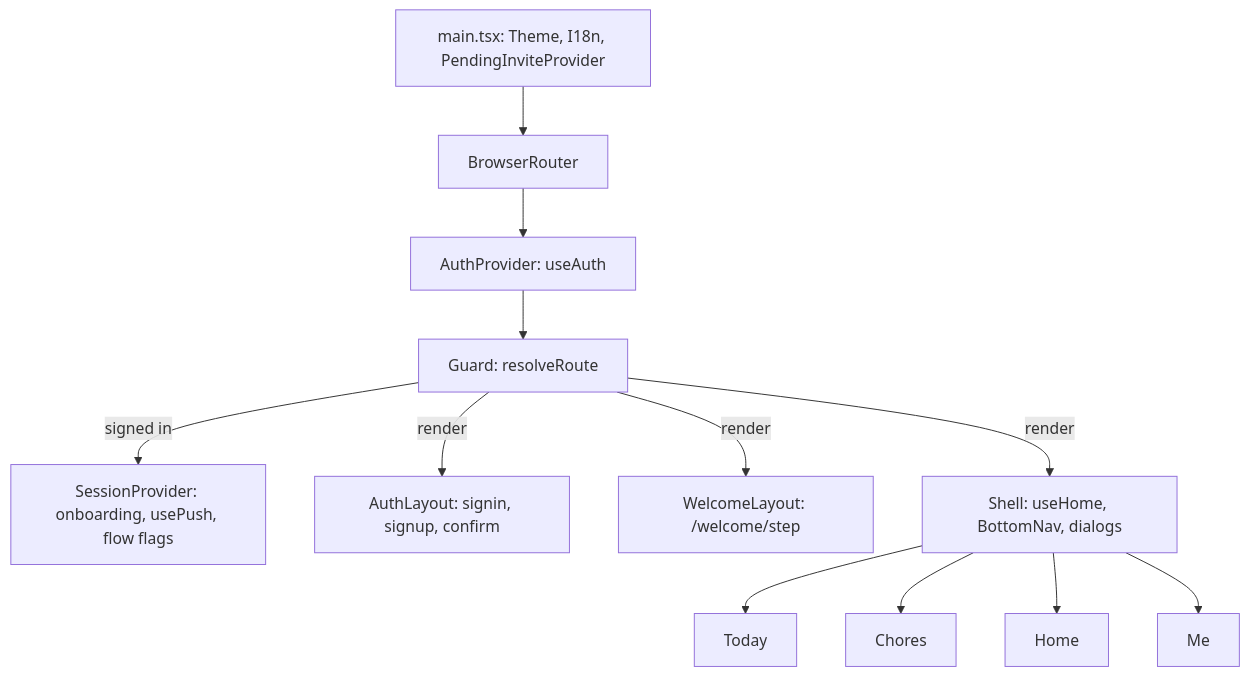
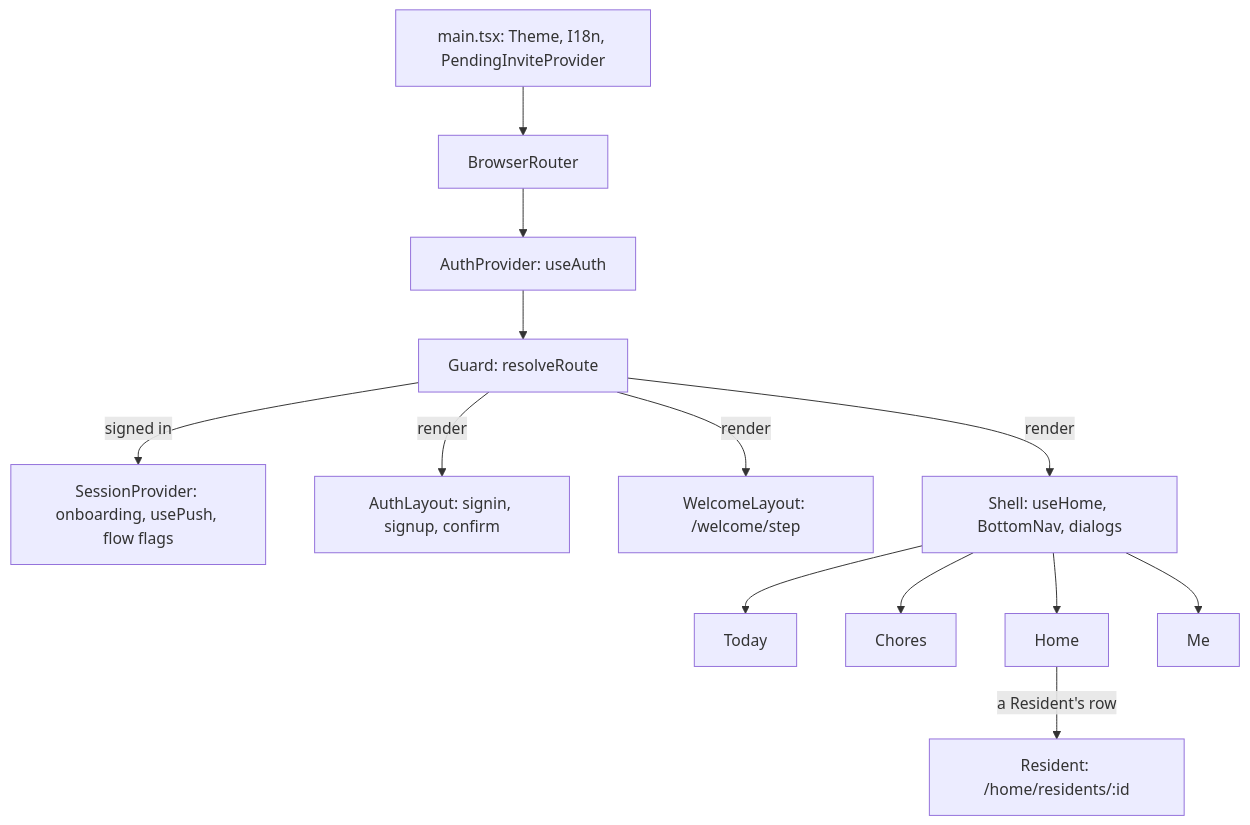
One commit to AbnerWillclefy/Homeowner changed the third of 10 diagrams in docs/architecture/web.md. Above: the diagram before and after it, drawn with Mermaid. The commit also changed other lines of this file, not shown here.

Commit message:
docs(web): document the Resident page route and day headings

````diff
--- a/docs/architecture/web.md
+++ b/docs/architecture/web.md
@@ -210,14 +211,15 @@
 ```mermaid
 flowchart TD
     MAIN[main.tsx: Theme, I18n, PendingInviteProvider] --> BR[BrowserRouter]
     BR --> AUTH[AuthProvider: useAuth]
     AUTH --> GUARD[Guard: resolveRoute]
     GUARD -->|signed in| SES[SessionProvider: onboarding, usePush, flow flags]
     GUARD -->|render| AL[AuthLayout: signin, signup, confirm]
     GUARD -->|render| WL[WelcomeLayout: /welcome/step]
     GUARD -->|render| SH[Shell: useHome, BottomNav, dialogs]
     SH --> T[Today]
     SH --> C[Chores]
     SH --> H[Home]
+    H -->|a Resident's row| R[Resident: /home/residents/:id]
     SH --> M[Me]
 ```
````
